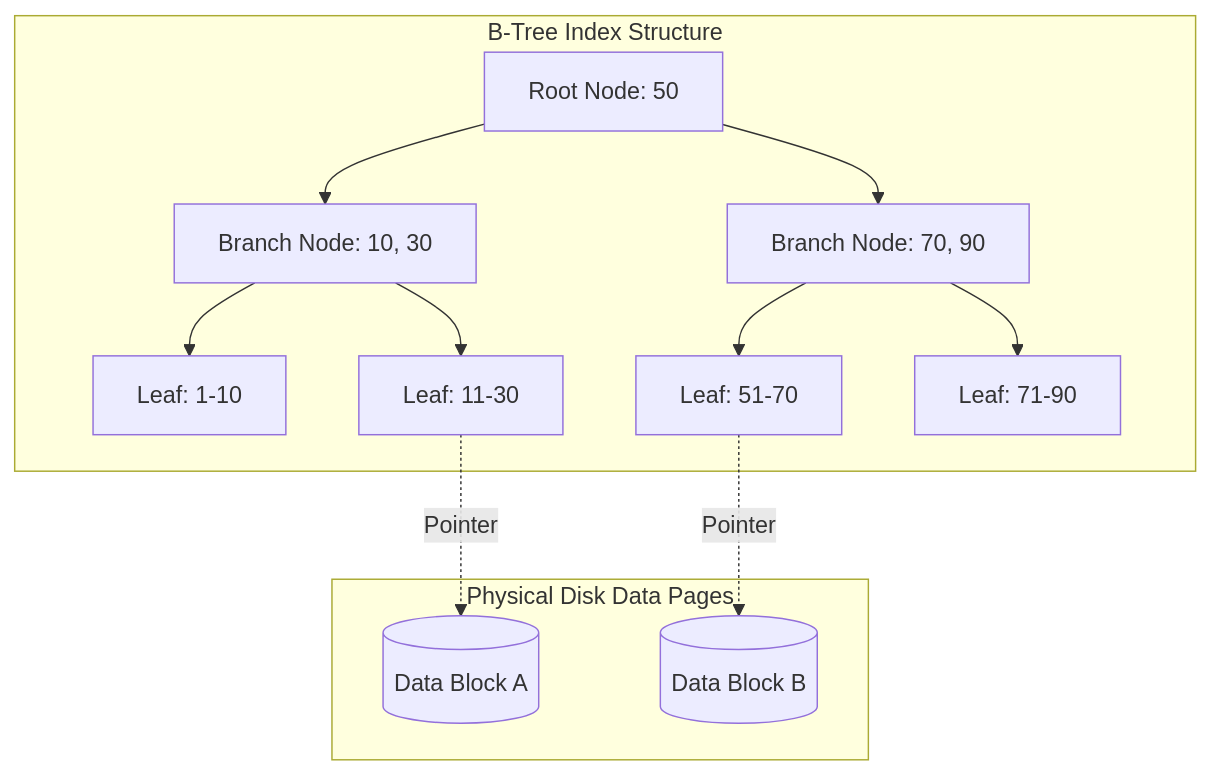
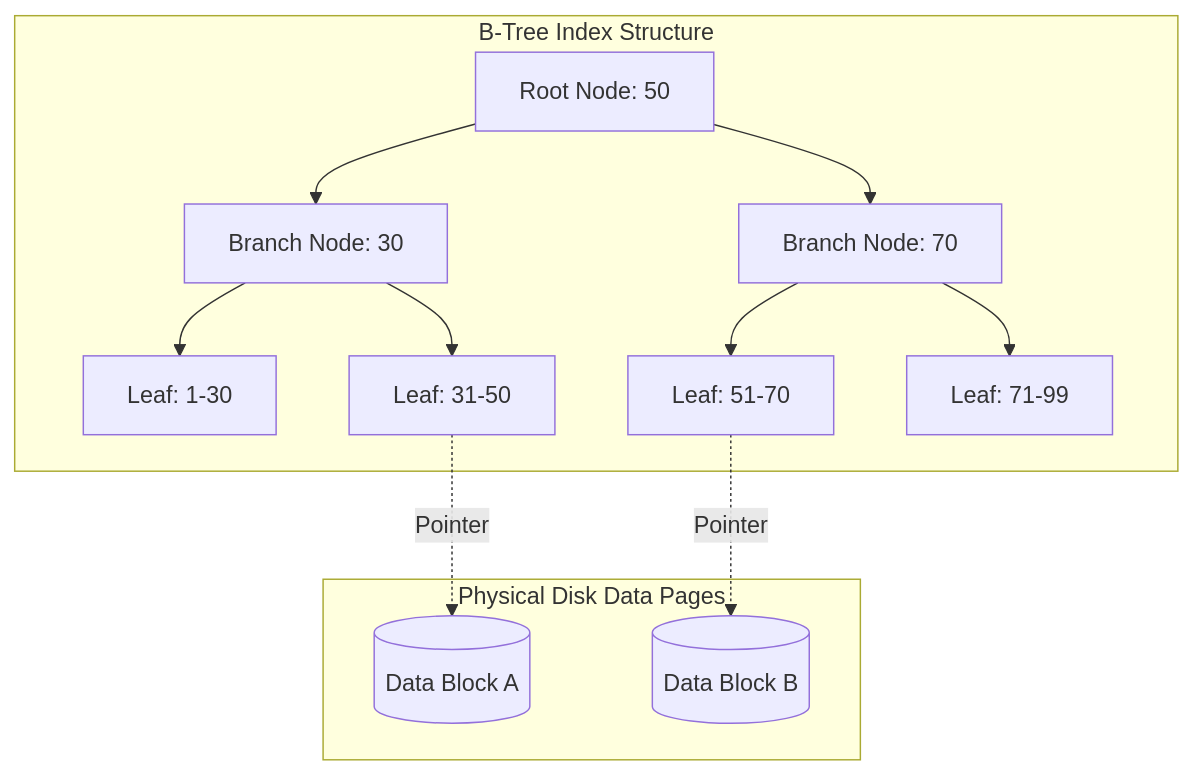
Before and after one commit to kythuatdulieu/kythuatdulieu.github.io: the diagram in src/content/docs/concepts/database-storage/indexing.md, drawn with Mermaid. The commit also changed other lines of this file and 8 other files, not shown here.

Commit message:
docs: audit and optimize core Mermaid diagrams across concepts

````diff
--- a/src/content/docs/concepts/database-storage/indexing.md
+++ b/src/content/docs/concepts/database-storage/indexing.md
@@ -37,27 +37,27 @@
 ```mermaid
 graph TD
     subgraph B-Tree Index Structure
         Root[Root Node: 50]
-        Branch1[Branch Node: 10, 30]
-        Branch2[Branch Node: 70, 90]
-        Leaf1[Leaf: 1-10]
-        Leaf2[Leaf: 11-30]
+        Branch1[Branch Node: 30]
+        Branch2[Branch Node: 70]
+        Leaf1[Leaf: 1-30]
+        Leaf2[Leaf: 31-50]
         Leaf3[Leaf: 51-70]
-        Leaf4[Leaf: 71-90]
+        Leaf4[Leaf: 71-99]
     end
 
     subgraph Physical Disk Data Pages
         Data1[(Data Block A)]
         Data2[(Data Block B)]
     end
 
     Root --> Branch1
     Root --> Branch2
     Branch1 --> Leaf1
     Branch1 --> Leaf2
     Branch2 --> Leaf3
     Branch2 --> Leaf4
 
     Leaf2 -.->|Pointer| Data1
     Leaf3 -.->|Pointer| Data2
 ```
````
